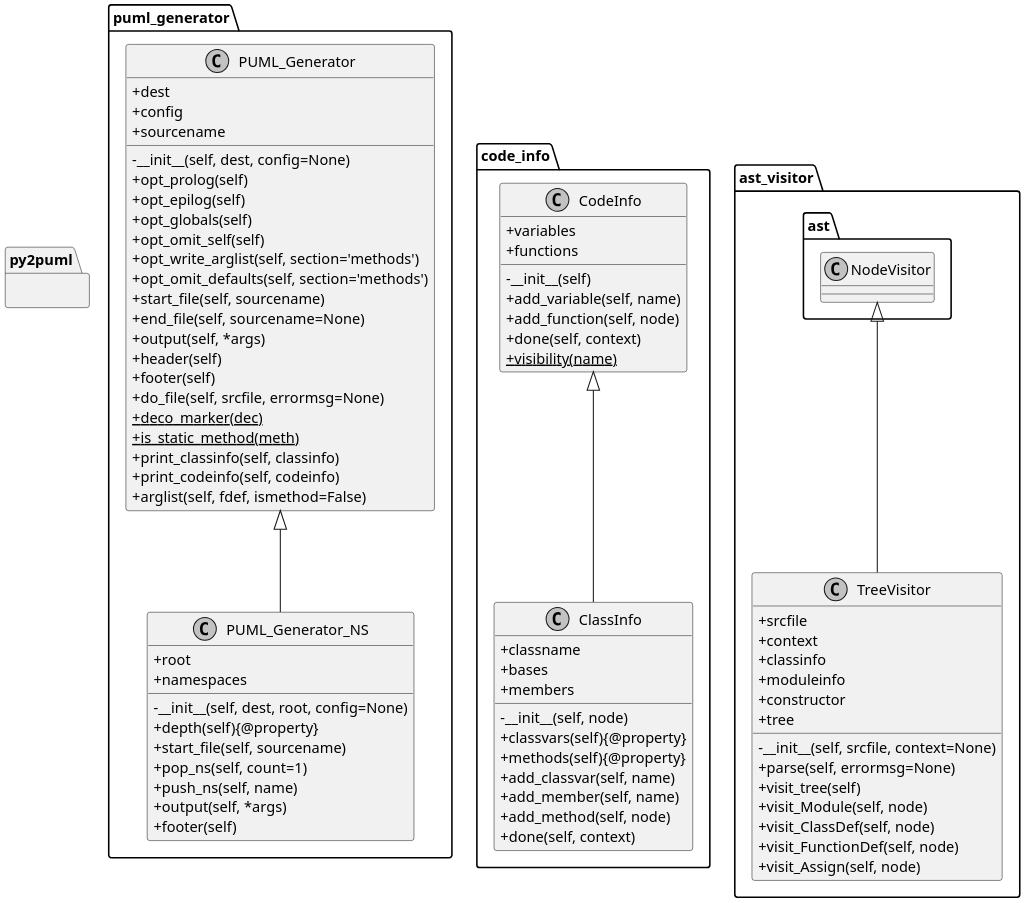
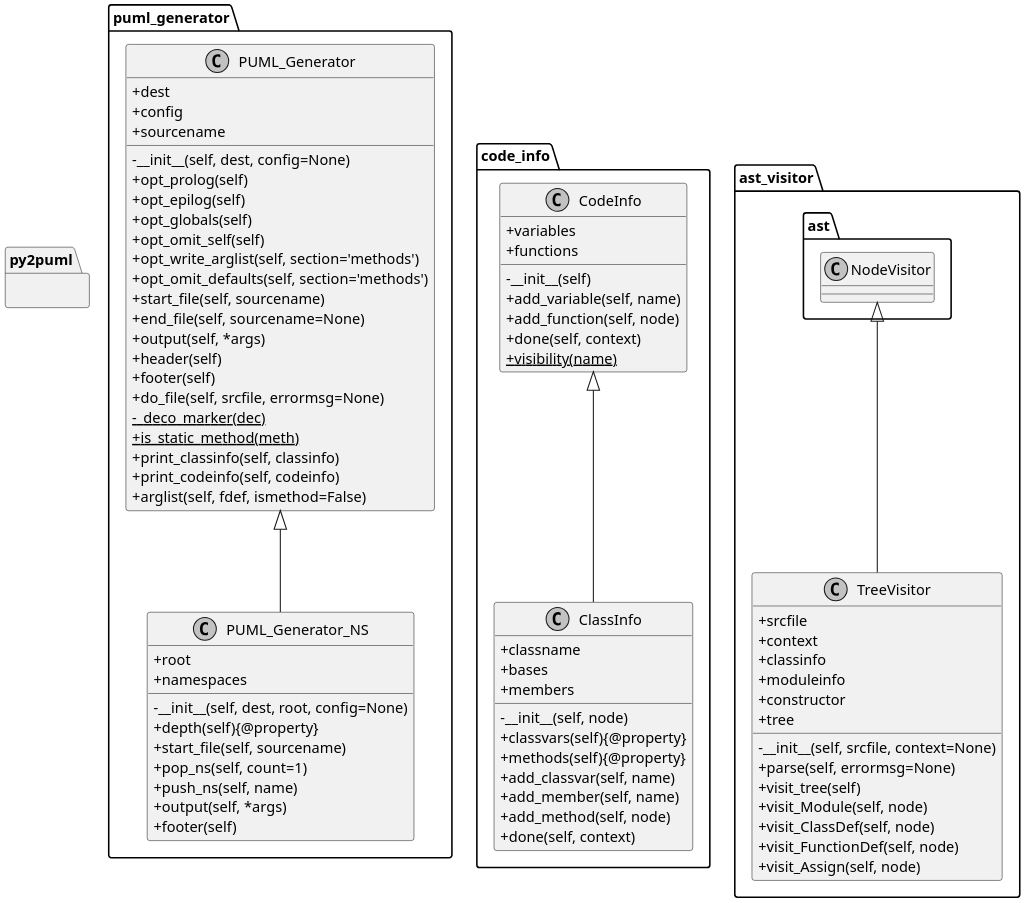
Before and after one commit to deadbok/py-puml-tools: the diagram in py2puml/examples/py2puml_NS.puml, drawn with PlantUML. The commit also changed 15 other files, not shown here.

```diff
--- a/py2puml/examples/py2puml_NS.puml
+++ b/py2puml/examples/py2puml_NS.puml
@@ -1,92 +1,92 @@
 @startuml
 skinparam monochrome true
 skinparam classAttributeIconSize 0
 scale 2
 
 namespace py2puml {
 }
 namespace puml_generator {
   class PUML_Generator {
     +dest
     +config
     +sourcename
     -__init__(self, dest, config=None)
     +opt_prolog(self)
     +opt_epilog(self)
     +opt_globals(self)
     +opt_omit_self(self)
     +opt_write_arglist(self, section='methods')
     +opt_omit_defaults(self, section='methods')
     +start_file(self, sourcename)
     +end_file(self, sourcename=None)
     +output(self, *args)
     +header(self)
     +footer(self)
     +do_file(self, srcfile, errormsg=None)
-    +deco_marker(dec){static}
+    -_deco_marker(dec){static}
     +is_static_method(meth){static}
     +print_classinfo(self, classinfo)
     +print_codeinfo(self, codeinfo)
     +arglist(self, fdef, ismethod=False)
   }
 
   PUML_Generator <|-- PUML_Generator_NS
   class PUML_Generator_NS {
     +root
     +namespaces
     -__init__(self, dest, root, config=None)
     +depth(self){@property}
     +start_file(self, sourcename)
     +pop_ns(self, count=1)
     +push_ns(self, name)
     +output(self, *args)
     +footer(self)
   }
 
 }
 namespace code_info {
   class CodeInfo {
     +variables
     +functions
     -__init__(self)
     +add_variable(self, name)
     +add_function(self, node)
     +done(self, context)
     +visibility(name){static}
   }
 
   CodeInfo <|-- ClassInfo
   class ClassInfo {
     +classname
     +bases
     +members
     -__init__(self, node)
     +classvars(self){@property}
     +methods(self){@property}
     +add_classvar(self, name)
     +add_member(self, name)
     +add_method(self, node)
     +done(self, context)
   }
 
 }
 namespace ast_visitor {
   ast.NodeVisitor <|-- TreeVisitor
   class TreeVisitor {
     +srcfile
     +context
     +classinfo
     +moduleinfo
     +constructor
     +tree
     -__init__(self, srcfile, context=None)
     +parse(self, errormsg=None)
     +visit_tree(self)
     +visit_Module(self, node)
     +visit_ClassDef(self, node)
     +visit_FunctionDef(self, node)
     +visit_Assign(self, node)
   }
 
 }
 @enduml
```
